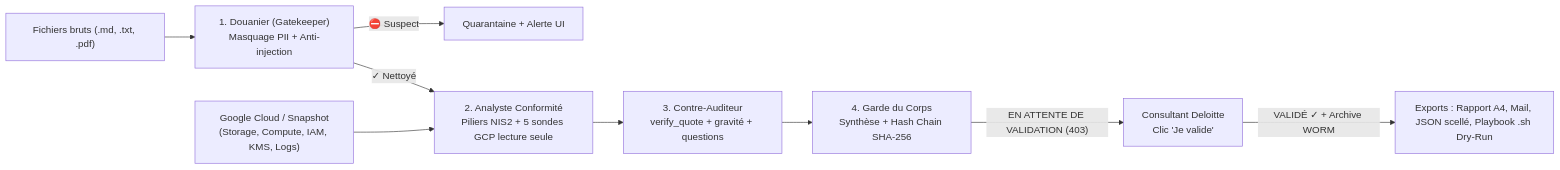
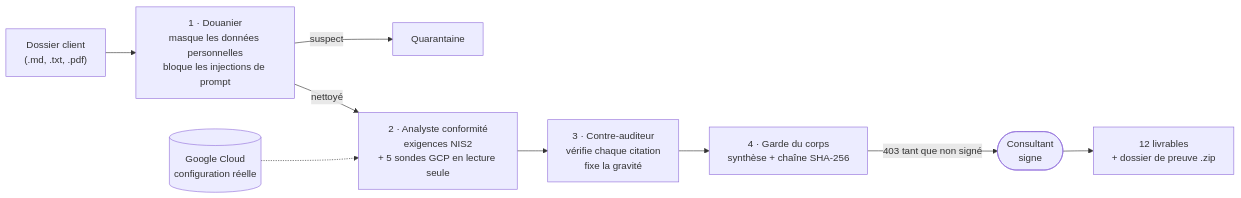
Before and after one commit to BuildRunnerFr/triad: the diagram in README.md, drawn with Mermaid. The commit also changed other lines of this file and 7 other files, not shown here.

````diff
--- a/README.md
+++ b/README.md
@@ -52,11 +77,11 @@
 ```mermaid
 flowchart LR
-    RAW["Fichiers bruts (.md, .txt, .pdf)"] --> D["1. Douanier (Gatekeeper)<br/>Masquage PII + Anti-injection"]
-    D -->|"⛔ Suspect"| Q["Quarantaine + Alerte UI"]
-    D -->|"✓ Nettoyé"| A["2. Analyste Conformité<br/>Piliers NIS2 + 5 sondes GCP lecture seule"]
-    GCP["Google Cloud / Snapshot<br/>(Storage, Compute, IAM, KMS, Logs)"] --> A
-    A --> C["3. Contre-Auditeur<br/>verify_quote + gravité + questions"]
-    C --> G["4. Garde du Corps<br/>Synthèse + Hash Chain SHA-256"]
-    G -->|"EN ATTENTE DE VALIDATION (403)"| H["Consultant Deloitte<br/>Clic 'Je valide'"]
-    H -->|"VALIDÉ ✓ + Archive WORM"| EXP["Exports : Rapport A4, Mail, JSON scellé, Playbook .sh Dry-Run"]
+    RAW["Dossier client<br/>(.md, .txt, .pdf)"] --> D["1 · Douanier<br/>masque les données personnelles<br/>bloque les injections de prompt"]
+    D -->|suspect| Q["Quarantaine"]
+    D -->|nettoyé| A["2 · Analyste conformité<br/>exigences NIS2<br/>+ 5 sondes GCP en lecture seule"]
+    GCP[("Google Cloud<br/>configuration réelle")] -.-> A
+    A --> C["3 · Contre-auditeur<br/>vérifie chaque citation<br/>fixe la gravité"]
+    C --> G["4 · Garde du corps<br/>synthèse + chaîne SHA-256"]
+    G -->|"403 tant que non signé"| H(["Consultant<br/>signe"])
+    H --> EXP["12 livrables<br/>+ dossier de preuve .zip"]
 ```
````
